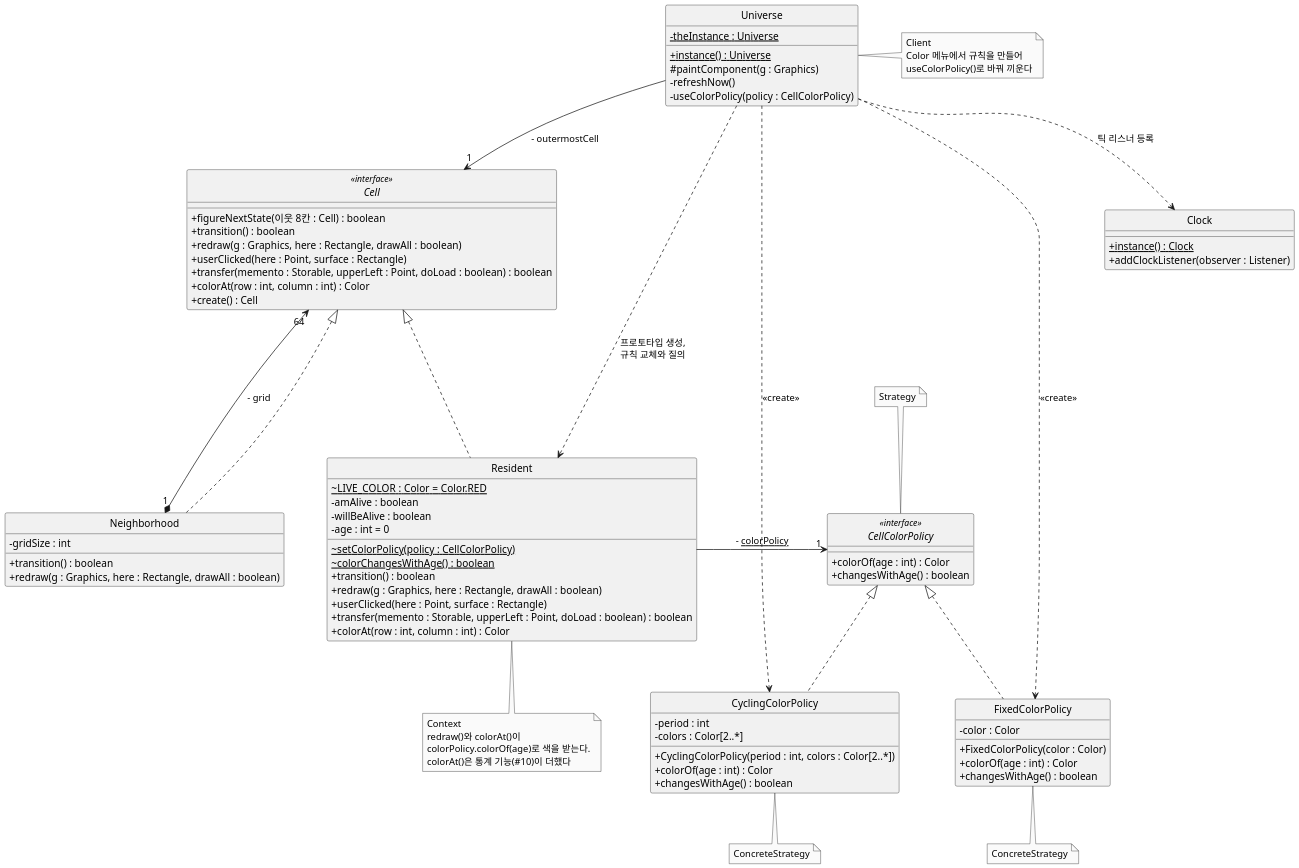
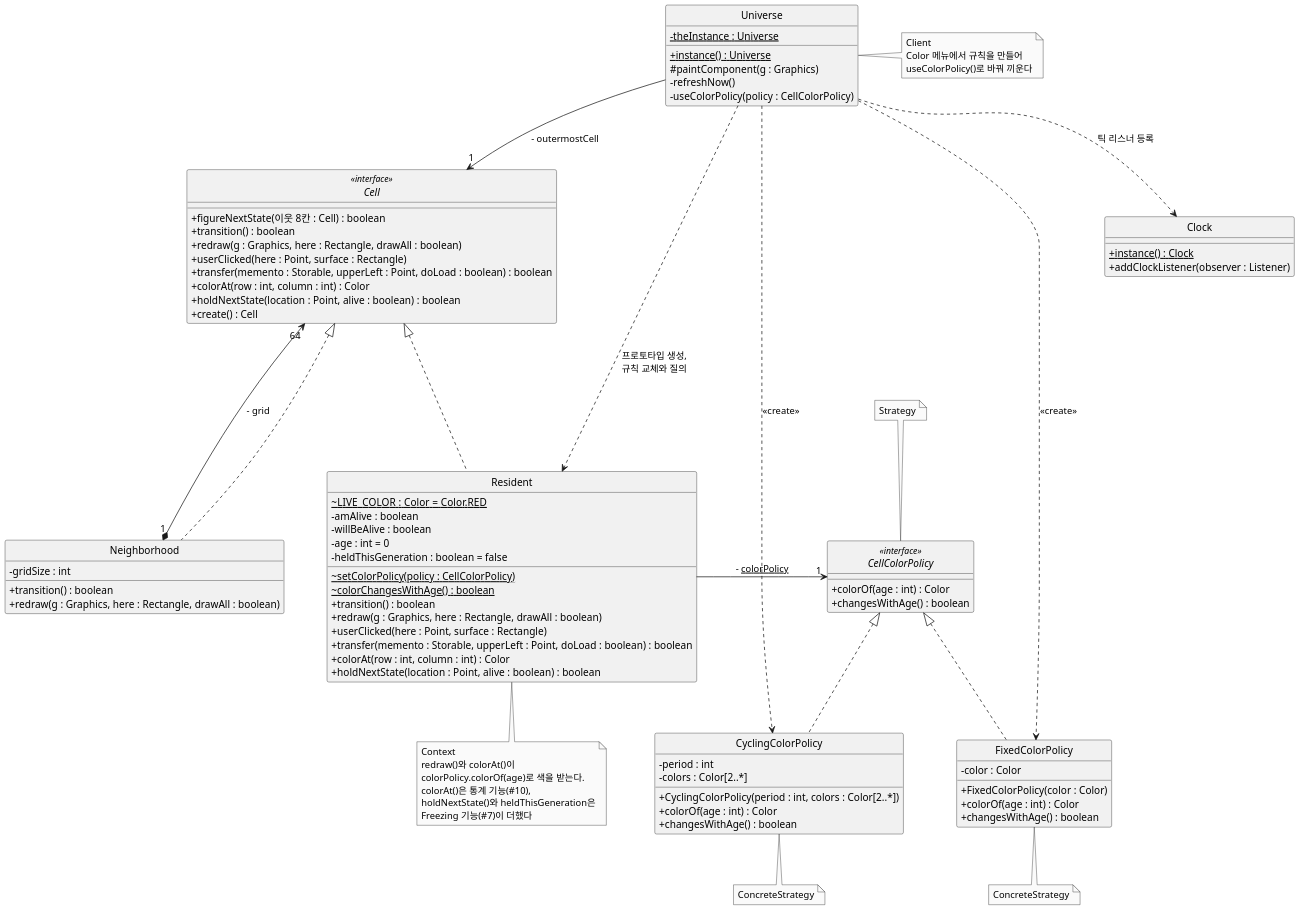
Before and after one commit to mckimR1972/DP_team_project: the diagram in docs/color-gen/diagrams/class-after.puml, drawn with PlantUML. The commit also changed 6 other files, not shown here.

Commit message:
docs: 색 순환 다이어그램에 Freezing 병합 후의 틱 처리와 나이 고정 반영

```diff
--- a/docs/color-gen/diagrams/class-after.puml
+++ b/docs/color-gen/diagrams/class-after.puml
@@ -1,101 +1,106 @@
 @startuml class-after
 skinparam monochrome true
 skinparam dpi 150
 skinparam shadowing false
 skinparam defaultFontName "Malgun Gothic"
 skinparam classAttributeIconSize 0
 hide circle
 skinparam ranksep 70
 skinparam nodesep 60
 
 interface Cell <<interface>> {
   + figureNextState(이웃 8칸 : Cell) : boolean
   + transition() : boolean
   + redraw(g : Graphics, here : Rectangle, drawAll : boolean)
   + userClicked(here : Point, surface : Rectangle)
   + transfer(memento : Storable, upperLeft : Point, doLoad : boolean) : boolean
   + colorAt(row : int, column : int) : Color
+  + holdNextState(location : Point, alive : boolean) : boolean
   + create() : Cell
 }
 
 class Neighborhood {
   - gridSize : int
   + transition() : boolean
   + redraw(g : Graphics, here : Rectangle, drawAll : boolean)
 }
 
 class Resident {
   ~ {static} LIVE_COLOR : Color = Color.RED
   - amAlive : boolean
   - willBeAlive : boolean
   - age : int = 0
+  - heldThisGeneration : boolean = false
   ~ {static} setColorPolicy(policy : CellColorPolicy)
   ~ {static} colorChangesWithAge() : boolean
   + transition() : boolean
   + redraw(g : Graphics, here : Rectangle, drawAll : boolean)
   + userClicked(here : Point, surface : Rectangle)
   + transfer(memento : Storable, upperLeft : Point, doLoad : boolean) : boolean
   + colorAt(row : int, column : int) : Color
+  + holdNextState(location : Point, alive : boolean) : boolean
 }
 
 interface CellColorPolicy <<interface>> {
   + colorOf(age : int) : Color
   + changesWithAge() : boolean
 }
 
 class FixedColorPolicy {
   - color : Color
   + FixedColorPolicy(color : Color)
   + colorOf(age : int) : Color
   + changesWithAge() : boolean
 }
 
 class CyclingColorPolicy {
   - period : int
   - colors : Color[2..*]
   + CyclingColorPolicy(period : int, colors : Color[2..*])
   + colorOf(age : int) : Color
   + changesWithAge() : boolean
 }
 
 class Universe {
   - {static} theInstance : Universe
   + {static} instance() : Universe
   # paintComponent(g : Graphics)
   - refreshNow()
   - useColorPolicy(policy : CellColorPolicy)
 }
 
 class Clock {
   + {static} instance() : Clock
   + addClockListener(observer : Listener)
 }
 
 Cell <|... Neighborhood
 Cell <|.. Resident
 Neighborhood "1" *-up-> "64" Cell : - grid
 Neighborhood -[hidden]right- Resident
 Universe --> "1" Cell : - outermostCell
 Universe ..> Clock : 틱 리스너 등록
 Universe ..> Resident : 프로토타입 생성,\n규칙 교체와 질의
 CellColorPolicy <|.. FixedColorPolicy
 CellColorPolicy <|.. CyclingColorPolicy
 Resident -right-> "1" CellColorPolicy : - <u>colorPolicy</u>
 Universe ..> FixedColorPolicy : <<create>>
 Universe ..> CyclingColorPolicy : <<create>>
 
 note top of CellColorPolicy : Strategy
 note bottom of FixedColorPolicy : ConcreteStrategy
 note bottom of CyclingColorPolicy : ConcreteStrategy
 note bottom of Resident
   Context
   redraw()와 colorAt()이
   colorPolicy.colorOf(age)로 색을 받는다.
-  colorAt()은 통계 기능(#10)이 더했다
+  colorAt()은 통계 기능(#10),
+  holdNextState()와 heldThisGeneration은
+  Freezing 기능(#7)이 더했다
 end note
 note right of Universe
   Client
   Color 메뉴에서 규칙을 만들어
   useColorPolicy()로 바꿔 끼운다
 end note
 @enduml
```
